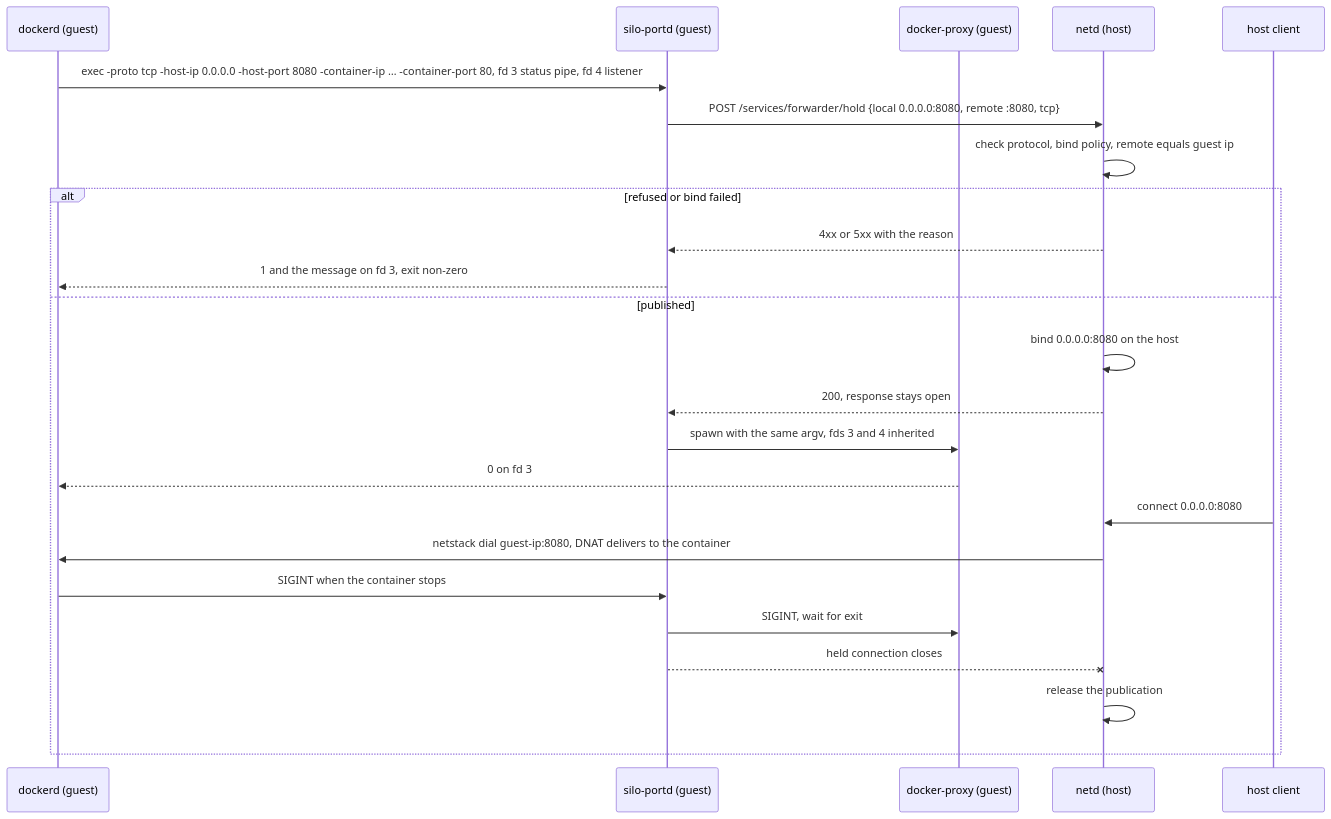
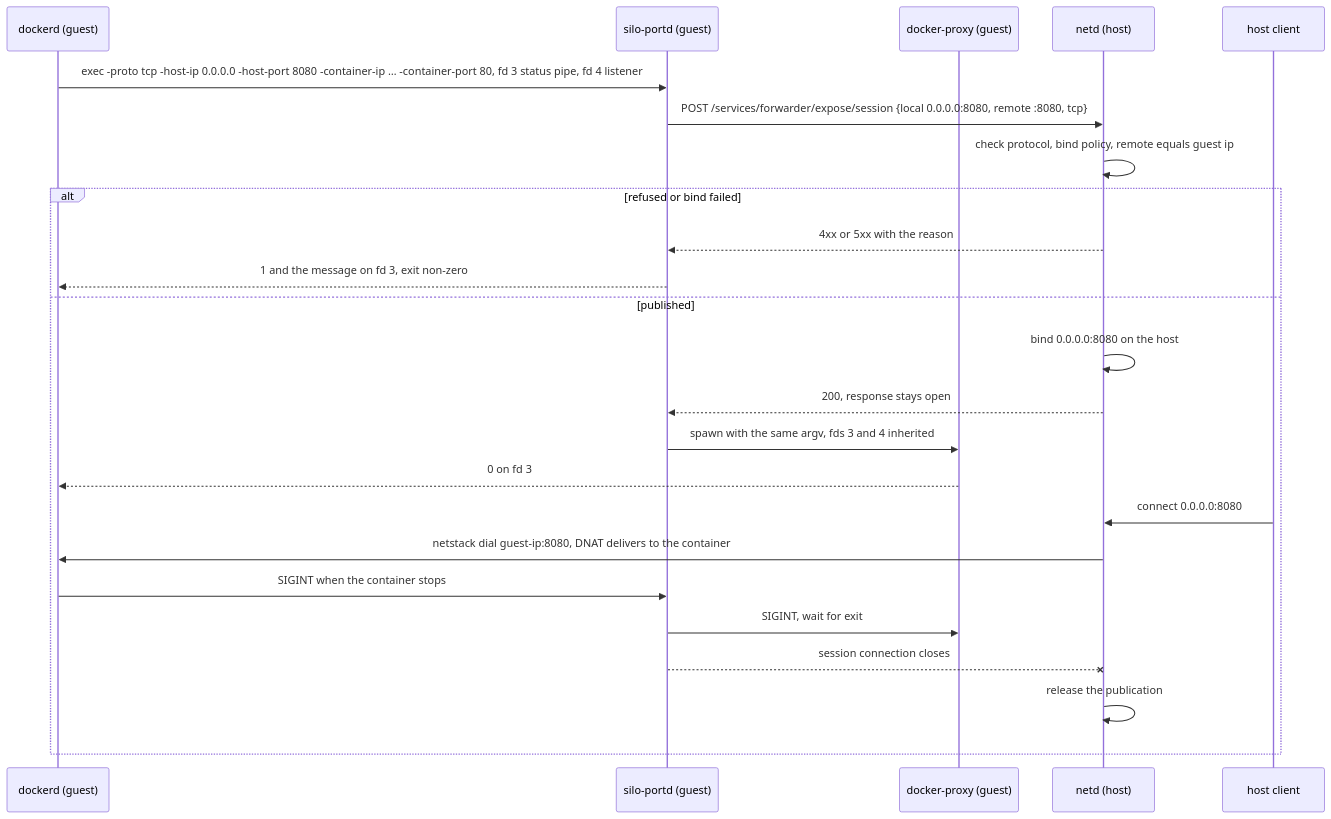
Before and after one commit to vandycknick/silo: the seventh of 9 diagrams in docs/adr/0016-vsock-forwards-and-netd-publications.md, drawn with Mermaid. The commit also changed other lines of this file and 19 other files, not shown here.

````diff
--- a/docs/adr/0016-vsock-forwards-and-netd-publications.md
+++ b/docs/adr/0016-vsock-forwards-and-netd-publications.md
@@ -345,26 +348,26 @@
 ```mermaid
 sequenceDiagram
   participant D as dockerd (guest)
   participant S as silo-portd (guest)
   participant X as docker-proxy (guest)
   participant N as netd (host)
   participant H as host client
   D->>S: exec -proto tcp -host-ip 0.0.0.0 -host-port 8080 -container-ip … -container-port 80, fd 3 status pipe, fd 4 listener
-  S->>N: POST /services/forwarder/hold {local 0.0.0.0:8080, remote :8080, tcp}
+  S->>N: POST /services/forwarder/expose/session {local 0.0.0.0:8080, remote :8080, tcp}
   N->>N: check protocol, bind policy, remote equals guest ip
   alt refused or bind failed
     N-->>S: 4xx or 5xx with the reason
     S-->>D: 1 and the message on fd 3, exit non-zero
   else published
     N->>N: bind 0.0.0.0:8080 on the host
     N-->>S: 200, response stays open
     S->>X: spawn with the same argv, fds 3 and 4 inherited
     X-->>D: 0 on fd 3
     H->>N: connect 0.0.0.0:8080
     N->>D: netstack dial guest-ip:8080, DNAT delivers to the container
     D->>S: SIGINT when the container stops
     S->>X: SIGINT, wait for exit
-    S--xN: held connection closes
+    S--xN: session connection closes
     N->>N: release the publication
   end
 ```
````
